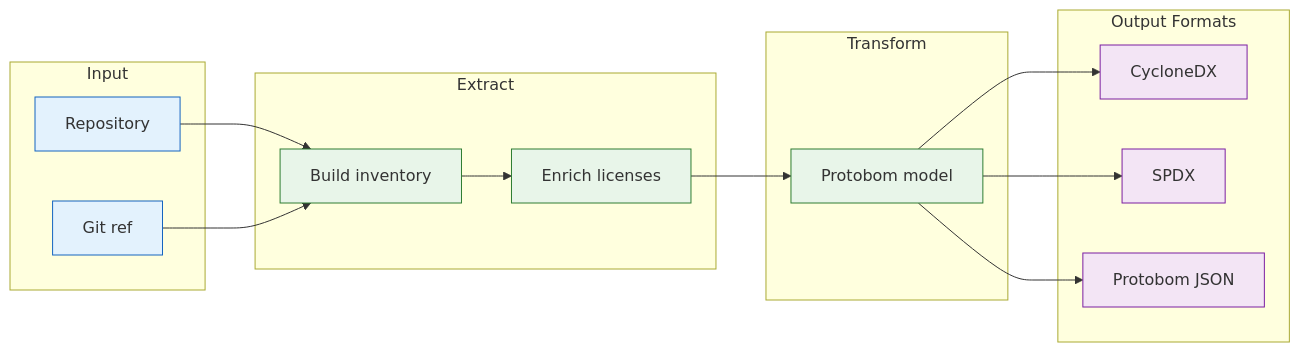
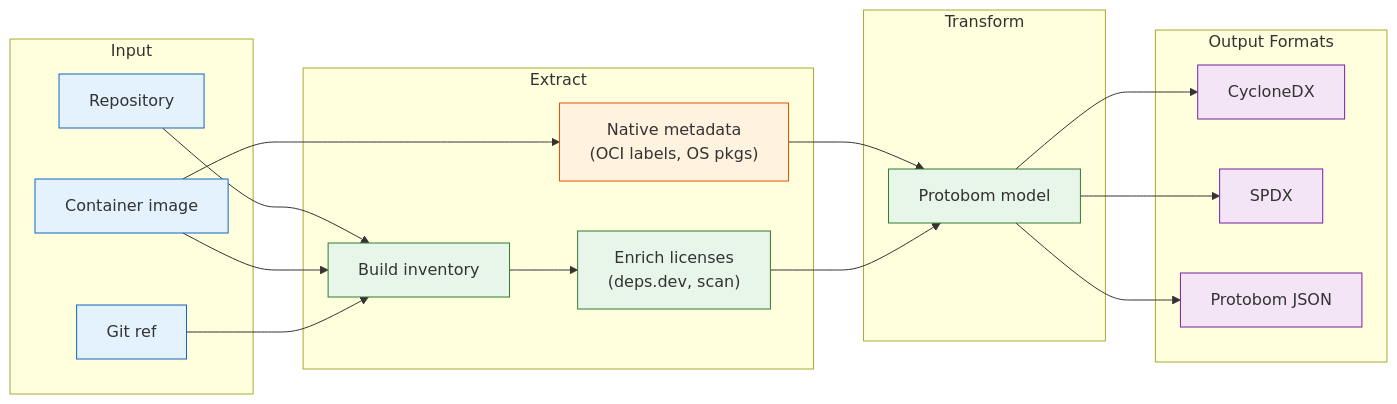
The diagram in docs/commands/sbom.md (temporalio/deputy), drawn with Mermaid before and after one commit. The commit also changed other lines of this file and 125 other files, not shown here.

````diff
--- a/docs/commands/sbom.md
+++ b/docs/commands/sbom.md
@@ -13,36 +13,45 @@
 ```mermaid
 flowchart LR
     subgraph Input["Input"]
         Repo["Repository"]
+        Image["Container image"]
         Ref["Git ref"]
     end
 
     subgraph Extract["Extract"]
         Inventory["Build inventory"]
-        Licenses["Enrich licenses"]
+        Native["Native metadata<br/>(OCI labels, OS pkgs)"]
+        Enrich["Enrich licenses<br/>(deps.dev, scan)"]
     end
 
     subgraph Transform["Transform"]
         Protobom["Protobom model"]
     end
 
     subgraph Output["Output Formats"]
         CDX["CycloneDX"]
         SPDX["SPDX"]
         PB["Protobom JSON"]
     end
 
     Repo --> Inventory
+    Image --> Inventory
+    Image --> Native
     Ref --> Inventory
-    Inventory --> Licenses
-    Licenses --> Protobom
+    Inventory --> Enrich
+    Native --> Protobom
+    Enrich --> Protobom
     Protobom --> CDX & SPDX & PB
 
     classDef source fill:#e3f2fd,stroke:#1565c0
     classDef process fill:#e8f5e9,stroke:#2e7d32
+    classDef auto fill:#fff3e0,stroke:#e65100
     classDef output fill:#f3e5f5,stroke:#7b1fa2
 
     class Repo,Ref source
-    class Inventory,Licenses,Protobom process
+    class Image source
+    class Inventory,Enrich process
+    class Native auto
+    class Protobom process
     class CDX,SPDX,PB output
 ```
````
